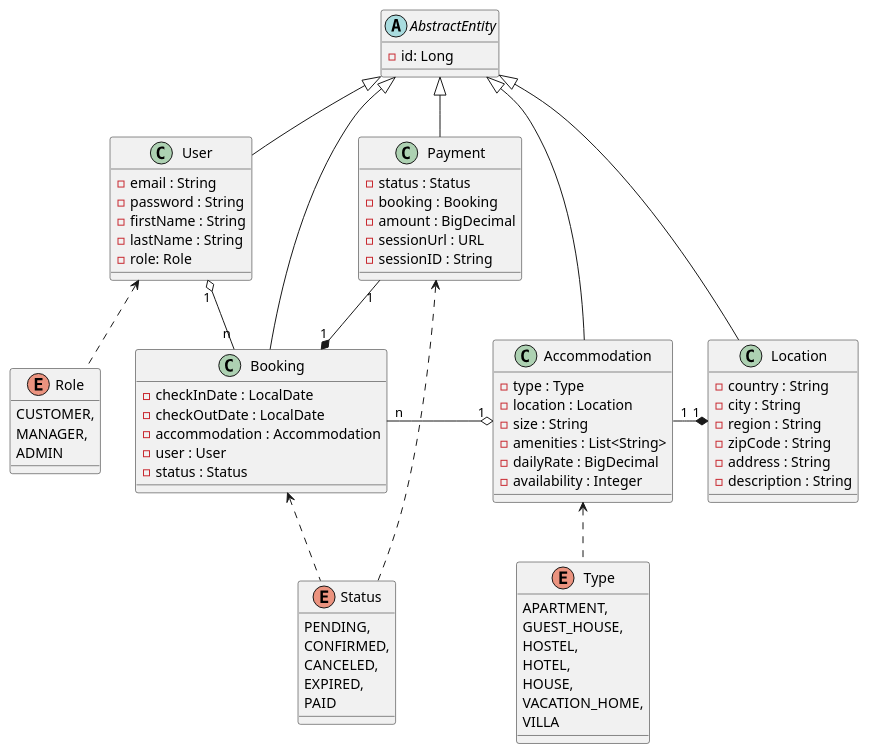
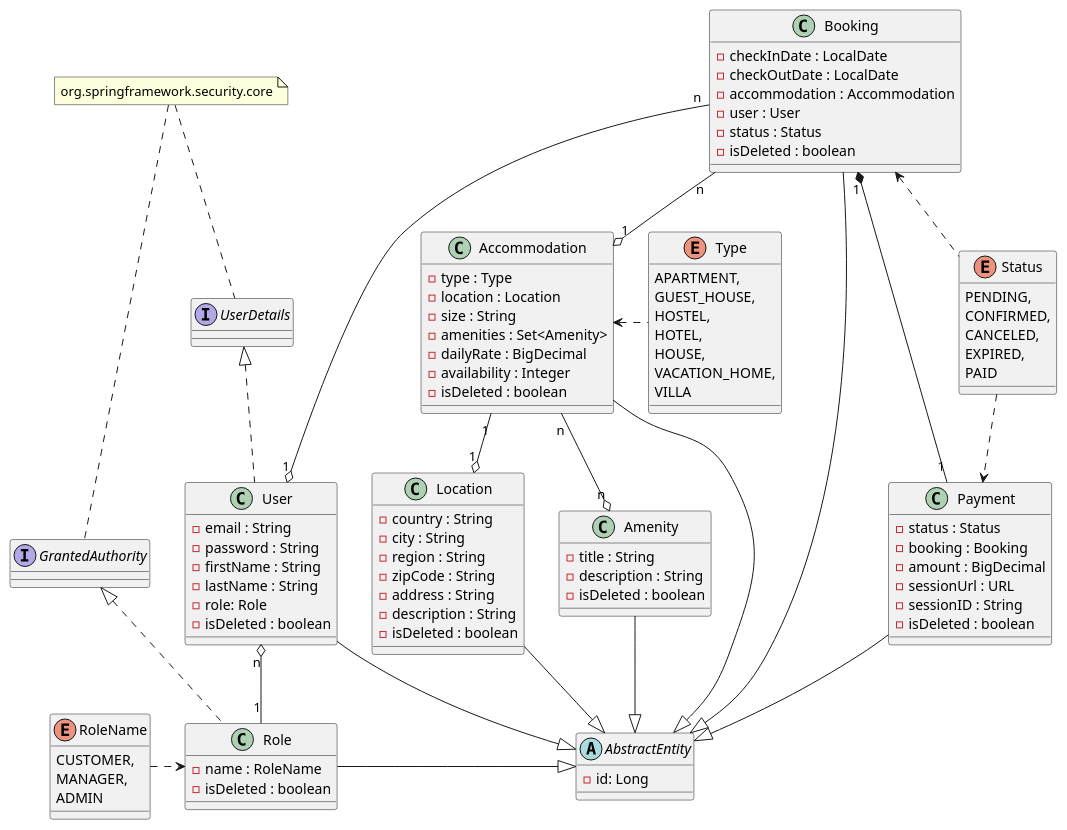
The diagram in UmlModel.puml (yanna-stepanova/AccommodationBookingService), drawn with PlantUML before and after one commit. The commit also changed 15 other files, not shown here.

Commit message:
changed model for User and added class Role & Amenity + yaml-files

```diff
--- a/UmlModel.puml
+++ b/UmlModel.puml
@@ -1,83 +1,118 @@
 @startuml
 
 abstract class AbstractEntity {
 - id: Long
 }
+interface UserDetails
+interface GrantedAuthority
 
-class Accommodation extends AbstractEntity {
+class Accommodation {
 - type : Type
 - location : Location
 - size : String
-- amenities : List<String>
+- amenities : Set<Amenity>
 - dailyRate : BigDecimal
 - availability : Integer
+- isDeleted : boolean
 }
 
-class Location extends AbstractEntity {
+class Location {
 - country : String
 - city : String
 - region : String
 - zipCode : String
 - address : String
 - description : String
+- isDeleted : boolean
 }
 
-class User extends AbstractEntity {
+class Amenity {
+- title : String
+- description : String
+- isDeleted : boolean
+}
+
+class Role {
+- name : RoleName
+- isDeleted : boolean
+}
+
+
+class User {
 - email : String
 - password : String
 - firstName : String
 - lastName : String
 - role: Role
+- isDeleted : boolean
 }
 
-class Booking extends AbstractEntity {
+class Booking {
 - checkInDate : LocalDate
 - checkOutDate : LocalDate
 - accommodation : Accommodation
 - user : User
 - status : Status
+- isDeleted : boolean
 }
 
 class Payment {
 - status : Status
 - booking : Booking
 - amount : BigDecimal
 - sessionUrl : URL
 - sessionID : String
+- isDeleted : boolean
 }
 
 enum Type {
     APARTMENT,
     GUEST_HOUSE,
     HOSTEL,
     HOTEL,
     HOUSE,
     VACATION_HOME,
     VILLA
 }
 
-enum Role {
+enum RoleName {
     CUSTOMER,
     MANAGER,
     ADMIN
 }
 
 enum Status {
     PENDING,
     CONFIRMED,
     CANCELED,
     EXPIRED,
     PAID
 }
 
-Accommodation <.. Type
-Accommodation "1" -* "1" Location
-User <.. Role
+note "org.springframework.security.core" as MyNote
+MyNote .. UserDetails
+MyNote .. GrantedAuthority
+
+UserDetails <|.. User
+GrantedAuthority <|.. Role
+
+Booking --|> AbstractEntity
+User -|> AbstractEntity
+Role -|> AbstractEntity
+Accommodation --|> AbstractEntity
+Location --|> AbstractEntity
+Payment --|> AbstractEntity
+Amenity --|> AbstractEntity
+
+User "n" o-- "1" Role
+Booking "n" --o "1" User
+Accommodation "n" --o "n" Amenity
+Accommodation "1" --o "1" Location
 Booking "n" -o "1" Accommodation
-User "1" o- "n" Booking
+Booking "1" *-- "1" Payment
+
+RoleName .> Role
+Accommodation <. Type
+Status ..> Payment
 Booking <.. Status
-AbstractEntity <|-- Payment
-Payment <.. Status
-Payment "1" --* "1" Booking
-
 @enduml
```
